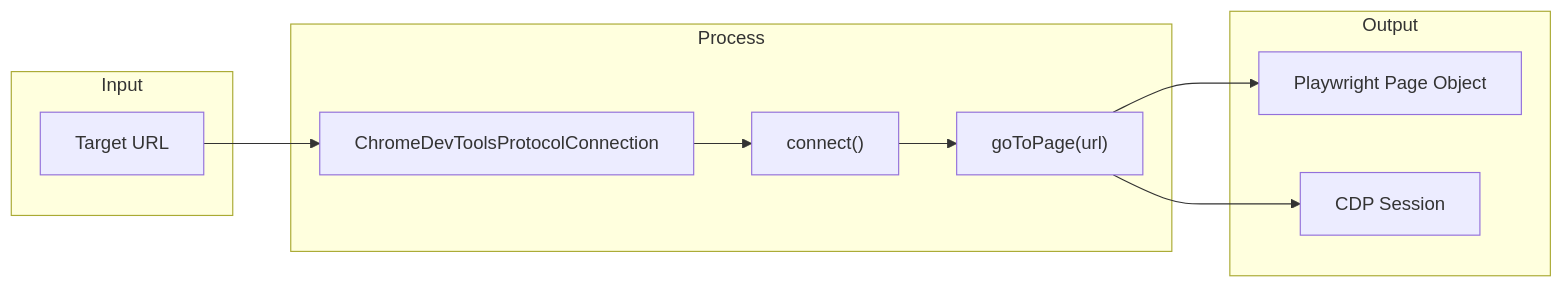
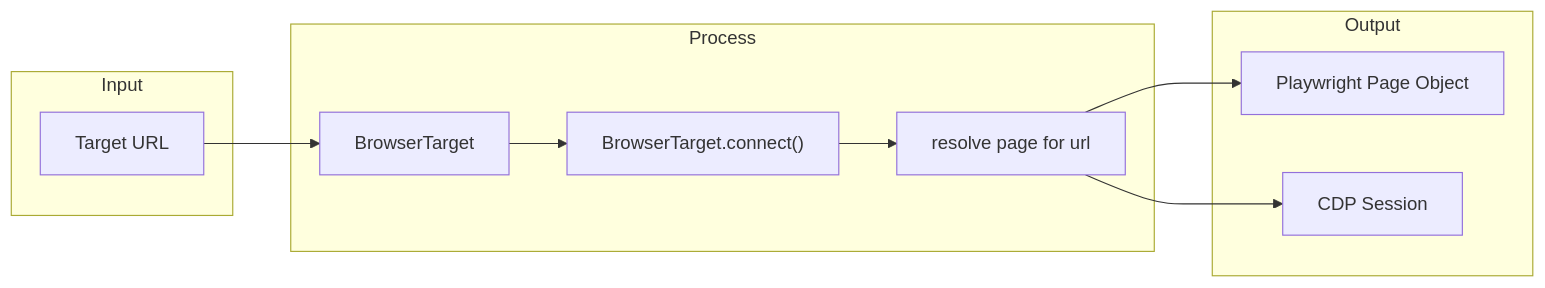
Before and after one commit to Chitova263/accessibility-audit: the fourth of 12 diagrams in WIKI.md, drawn with Mermaid. The commit also changed other lines of this file and 124 other files, not shown here.

````diff
--- a/WIKI.md
+++ b/WIKI.md
@@ -152,20 +152,20 @@
 ```mermaid
 flowchart LR
     subgraph Input
         URL["Target URL"]
     end
 
     subgraph Process
-        CDP["ChromeDevToolsProtocolConnection"]
-        CONNECT["connect()"]
-        GOTO["goToPage(url)"]
+        CDP["BrowserTarget"]
+        CONNECT["BrowserTarget.connect()"]
+        GOTO["resolve page for url"]
     end
 
     subgraph Output
         PAGE["Playwright Page Object"]
         CDPSESSION["CDP Session"]
     end
 
     URL --> CDP --> CONNECT --> GOTO --> PAGE
     GOTO --> CDPSESSION
 ```
````
